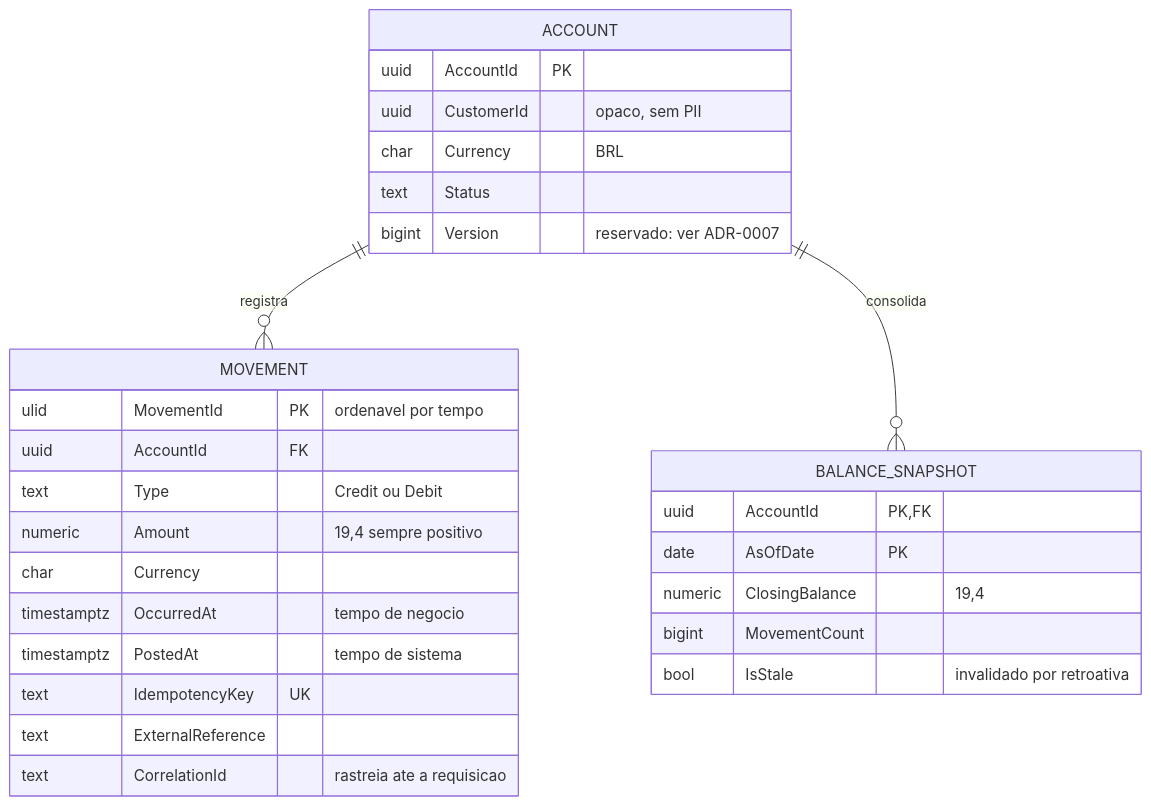
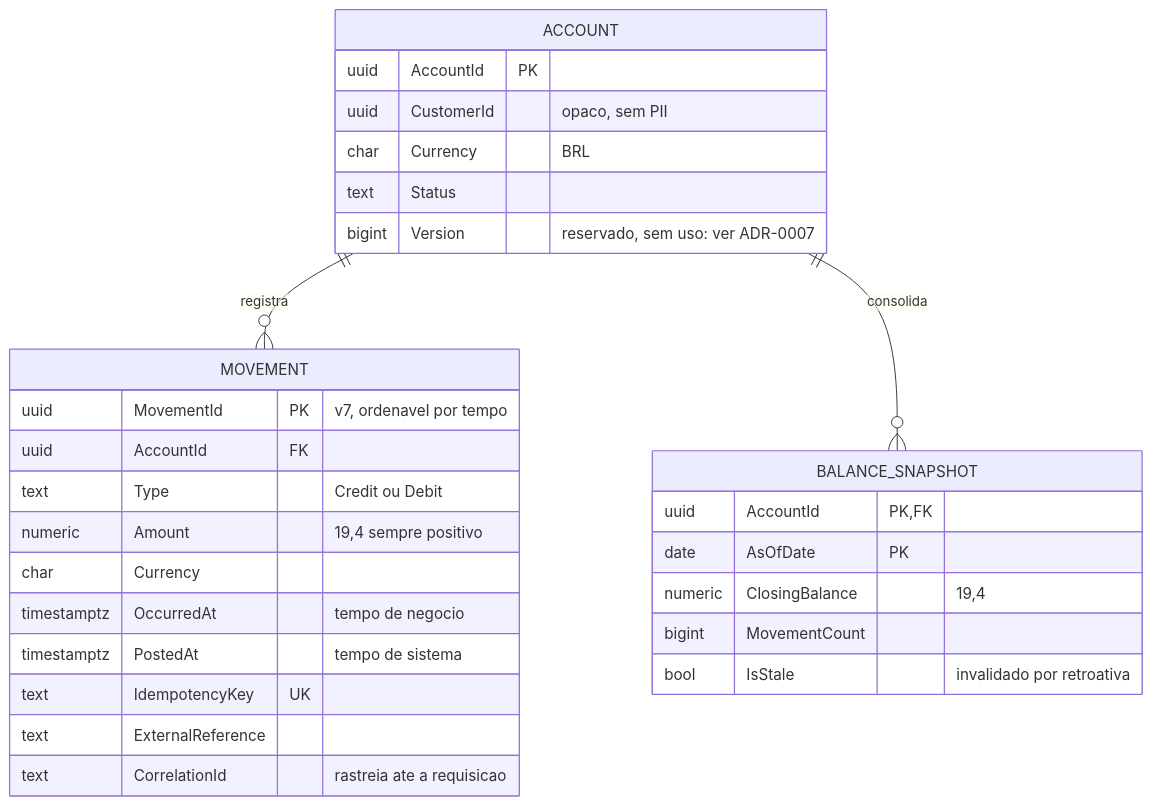
One commit to joaorecanello/opah-ledger changed the fourth of 4 diagrams in docs/arquitetura.md. Above: the diagram before and after it, drawn with Mermaid. The commit also changed 22 other files, not shown here.

````diff
--- a/docs/arquitetura.md
+++ b/docs/arquitetura.md
@@ -182,34 +182,34 @@
 ```mermaid
 erDiagram
     ACCOUNT ||--o{ MOVEMENT : "registra"
     ACCOUNT ||--o{ BALANCE_SNAPSHOT : "consolida"
 
     ACCOUNT {
         uuid AccountId PK
         uuid CustomerId "opaco, sem PII"
         char Currency "BRL"
         text Status
-        bigint Version "reservado: ver ADR-0007"
+        bigint Version "reservado, sem uso: ver ADR-0007"
     }
 
     MOVEMENT {
-        ulid MovementId PK "ordenavel por tempo"
+        uuid MovementId PK "v7, ordenavel por tempo"
         uuid AccountId FK
         text Type "Credit ou Debit"
         numeric Amount "19,4 sempre positivo"
         char Currency
         timestamptz OccurredAt "tempo de negocio"
         timestamptz PostedAt "tempo de sistema"
         text IdempotencyKey UK
         text ExternalReference
         text CorrelationId "rastreia ate a requisicao"
     }
 
     BALANCE_SNAPSHOT {
         uuid AccountId PK, FK
         date AsOfDate PK
         numeric ClosingBalance "19,4"
         bigint MovementCount
         bool IsStale "invalidado por retroativa"
     }
 ```
````
